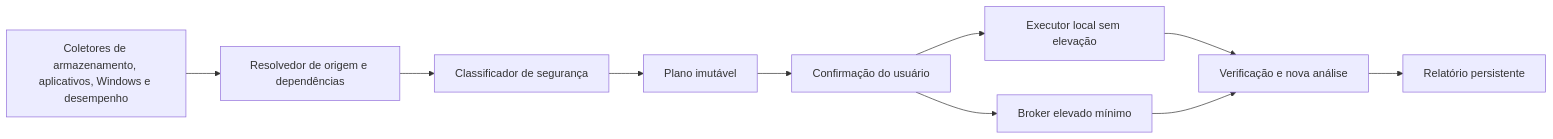
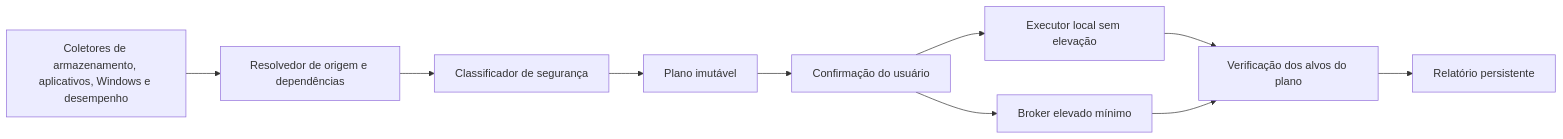
Before and after one commit to JooaoPedro15/Zelo: the diagram in docs/superpowers/specs/2026-08-02-c-drive-recovery-and-system-repair-design.md, drawn with Mermaid. The commit also changed other lines of this file, not shown here.

````diff
--- a/docs/superpowers/specs/2026-08-02-c-drive-recovery-and-system-repair-design.md
+++ b/docs/superpowers/specs/2026-08-02-c-drive-recovery-and-system-repair-design.md
@@ -115,12 +115,12 @@
 ```mermaid
 flowchart LR
     A["Coletores de armazenamento, aplicativos, Windows e desempenho"] --> B["Resolvedor de origem e dependências"]
     B --> C["Classificador de segurança"]
     C --> D["Plano imutável"]
     D --> E["Confirmação do usuário"]
     E --> F["Executor local sem elevação"]
     E --> G["Broker elevado mínimo"]
-    F --> H["Verificação e nova análise"]
+    F --> H["Verificação dos alvos do plano"]
     G --> H
     H --> I["Relatório persistente"]
 ```
````
